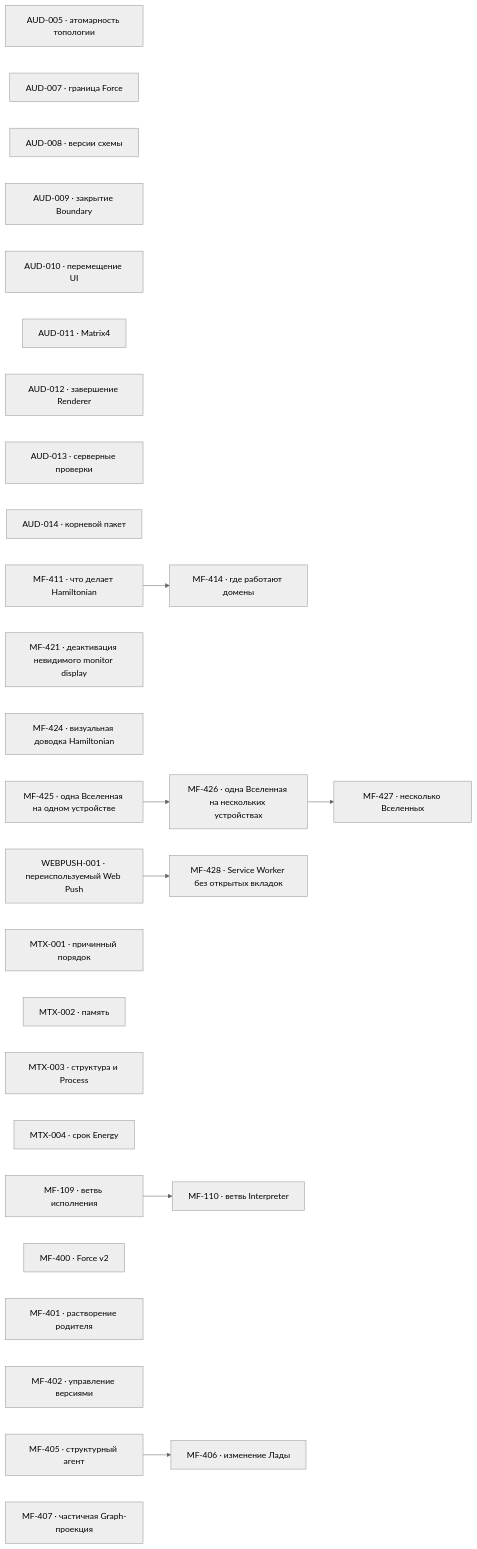
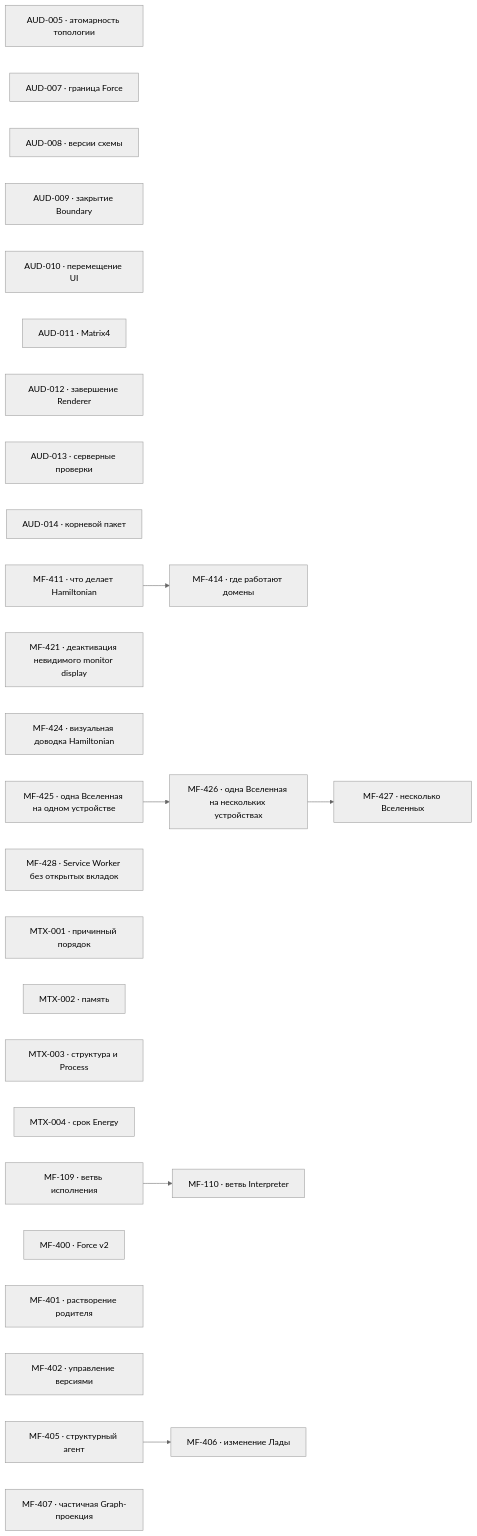
One commit to zavx0z/metafor changed the diagram in project/TODO.md. Above: the diagram before and after it, drawn with Mermaid (neutral theme). The commit also changed other lines of this file and 6 other files, not shown here.

````diff
--- a/project/TODO.md
+++ b/project/TODO.md
@@ -13,39 +13,37 @@
 ```mermaid
 flowchart LR
     AUD005["AUD-005 · атомарность топологии"]
     AUD007["AUD-007 · граница Force"]
     AUD008["AUD-008 · версии схемы"]
     AUD009["AUD-009 · закрытие Boundary"]
     AUD010["AUD-010 · перемещение UI"]
     AUD011["AUD-011 · Matrix4"]
     AUD012["AUD-012 · завершение Renderer"]
     AUD013["AUD-013 · серверные проверки"]
     AUD014["AUD-014 · корневой пакет"]
     MF411["MF-411 · что делает Hamiltonian"]
     MF414["MF-414 · где работают домены"]
     MF421["MF-421 · деактивация невидимого monitor display"]
     MF424["MF-424 · визуальная доводка Hamiltonian"]
     MF425["MF-425 · одна Вселенная на одном устройстве"]
     MF426["MF-426 · одна Вселенная на нескольких устройствах"]
     MF427["MF-427 · несколько Вселенных"]
     MF428["MF-428 · Service Worker без открытых вкладок"]
-    WEBPUSH001["WEBPUSH-001 · переиспользуемый Web Push"]
     MTX001["MTX-001 · причинный порядок"]
     MTX002["MTX-002 · память"]
     MTX003["MTX-003 · структура и Process"]
     MTX004["MTX-004 · срок Energy"]
     MF109["MF-109 · ветвь исполнения"]
     MF110["MF-110 · ветвь Interpreter"]
     MF400["MF-400 · Force v2"]
     MF401["MF-401 · растворение родителя"]
     MF402["MF-402 · управление версиями"]
     MF405["MF-405 · структурный агент"]
     MF406["MF-406 · изменение Лады"]
     MF407["MF-407 · частичная Graph-проекция"]
     MF109 --> MF110
     MF405 --> MF406
     MF411 --> MF414
     MF425 --> MF426
     MF426 --> MF427
-    WEBPUSH001 --> MF428
 ```
````
